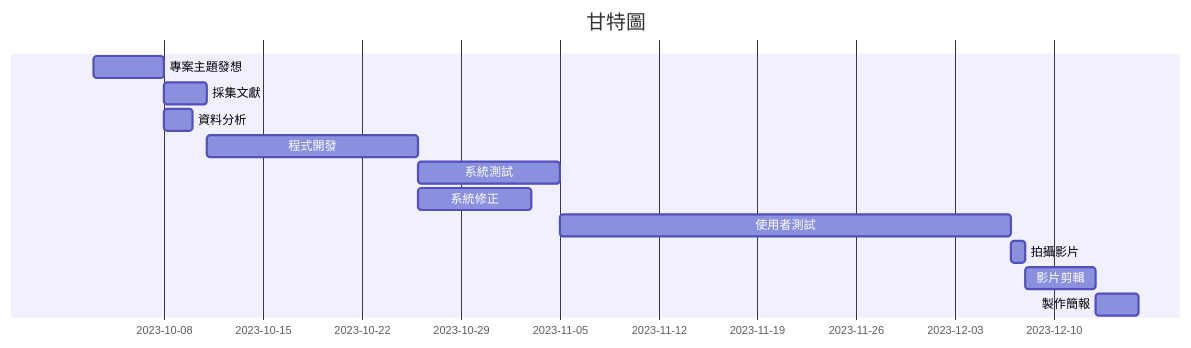
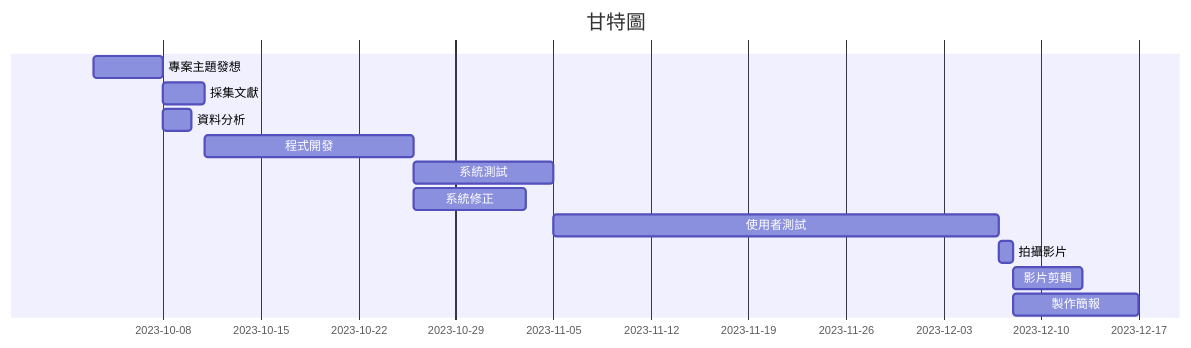
The diagram in README.md (kungchieh/group_9), drawn with Mermaid before and after one commit. The commit also changed other lines of this file, not shown here.

````diff
--- a/README.md
+++ b/README.md
@@ -36,14 +36,14 @@
 ```mermaid
 gantt
     title 甘特圖
 　　專案主題發想     : a1 , 2023-10-03 , 5d
     採集文獻     : a2 , after a1 , 3d
     資料分析    : a3 , after a1 , 2d
     程式開發     : a4 , after a2 , 15d
     系統測試     : a5 , after a4 , 10d
     系統修正     : b1 , after a4 , 8d
     使用者測試     : a6 , after a4 a5 , 32d
     拍攝影片     : a7 , after a6 , 1d
     影片剪輯   : a8 , after a7 ,5d
-    製作簡報   : a9 , after a8 ,3d
+    製作簡報   : a9 , after a7 ,9d
 ```
````
